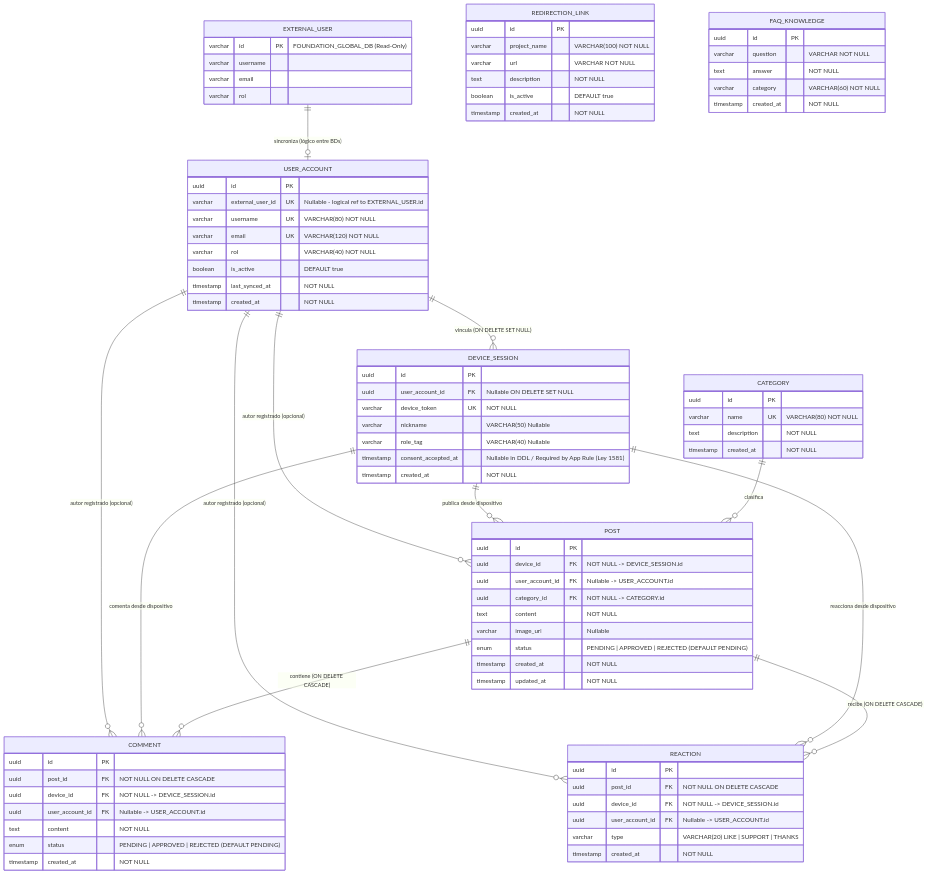
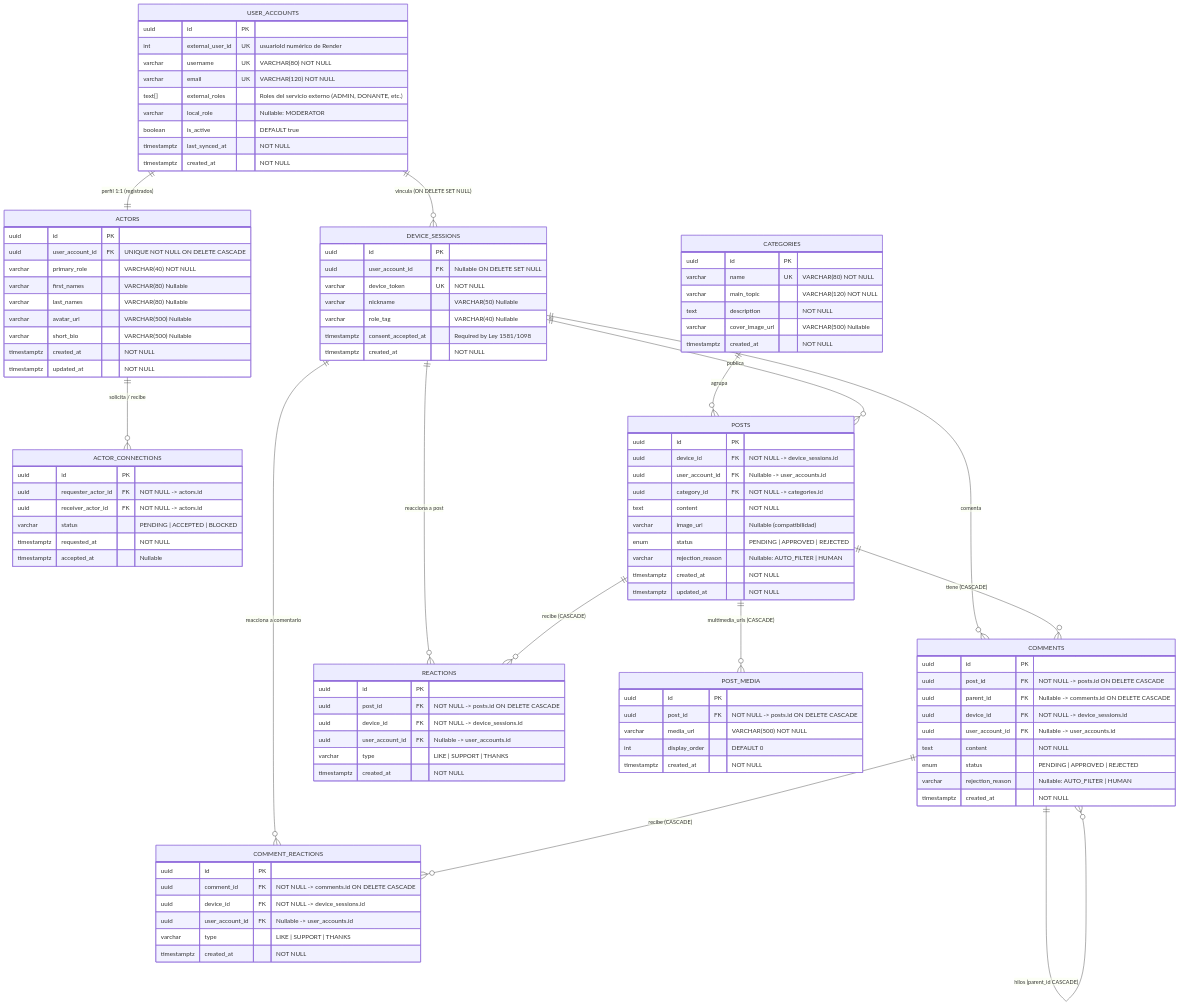
One commit to AlejoPress4/Asisconection changed the first of 2 diagrams in specs/001-asisconexion-mvp/data-model.md. Above: the diagram before and after it, drawn with Mermaid. The commit also changed other lines of this file and 88 other files, not shown here.

````diff
--- a/specs/001-asisconexion-mvp/data-model.md
+++ b/specs/001-asisconexion-mvp/data-model.md
@@ -13,97 +12,119 @@
 ```mermaid
 erDiagram
-    EXTERNAL_USER {
-        varchar id PK "FOUNDATION_GLOBAL_DB (Read-Only)"
-        varchar username
-        varchar email
-        varchar rol
+    USER_ACCOUNTS ||--|| ACTORS : "perfil 1:1 (registrados)"
+    USER_ACCOUNTS ||--o{ DEVICE_SESSIONS : "vincula (ON DELETE SET NULL)"
+    ACTORS ||--o{ ACTOR_CONNECTIONS : "solicita / recibe"
+    CATEGORIES ||--o{ POSTS : "agrupa"
+    DEVICE_SESSIONS ||--o{ POSTS : "publica"
+    DEVICE_SESSIONS ||--o{ COMMENTS : "comenta"
+    DEVICE_SESSIONS ||--o{ REACTIONS : "reacciona a post"
+    DEVICE_SESSIONS ||--o{ COMMENT_REACTIONS : "reacciona a comentario"
+    POSTS ||--o{ POST_MEDIA : "multimedia_urls (CASCADE)"
+    POSTS ||--o{ COMMENTS : "tiene (CASCADE)"
+    COMMENTS ||--o{ COMMENTS : "hilos (parent_id CASCADE)"
+    POSTS ||--o{ REACTIONS : "recibe (CASCADE)"
+    COMMENTS ||--o{ COMMENT_REACTIONS : "recibe (CASCADE)"
+
+    USER_ACCOUNTS {
+        uuid id PK
+        int external_user_id UK "usuarioId numérico de Render"
+        varchar username UK "VARCHAR(80) NOT NULL"
+        varchar email UK "VARCHAR(120) NOT NULL"
+        text[] external_roles "Roles del servicio externo (ADMIN, DONANTE, etc.)"
+        varchar local_role "Nullable: MODERATOR"
+        boolean is_active "DEFAULT true"
+        timestamptz last_synced_at "NOT NULL"
+        timestamptz created_at "NOT NULL"
     }
 
-    USER_ACCOUNT {
+    ACTORS {
         uuid id PK
-        varchar external_user_id UK "Nullable - logical ref to EXTERNAL_USER.id"
-        varchar username UK "VARCHAR(80) NOT NULL"
-        varchar email UK "VARCHAR(120) NOT NULL"
-        varchar rol "VARCHAR(40) NOT NULL"
-        boolean is_active "DEFAULT true"
-        timestamp last_synced_at "NOT NULL"
-        timestamp created_at "NOT NULL"
+        uuid user_account_id FK "UNIQUE NOT NULL ON DELETE CASCADE"
+        varchar primary_role "VARCHAR(40) NOT NULL"
+        varchar first_names "VARCHAR(80) Nullable"
+        varchar last_names "VARCHAR(80) Nullable"
+        varchar avatar_url "VARCHAR(500) Nullable"
+        varchar short_bio "VARCHAR(500) Nullable"
+        timestamptz created_at "NOT NULL"
+        timestamptz updated_at "NOT NULL"
     }
 
-    DEVICE_SESSION {
+    ACTOR_CONNECTIONS {
+        uuid id PK
+        uuid requester_actor_id FK "NOT NULL -> actors.id"
+        uuid receiver_actor_id FK "NOT NULL -> actors.id"
+        varchar status "PENDING | ACCEPTED | BLOCKED"
+        timestamptz requested_at "NOT NULL"
+        timestamptz accepted_at "Nullable"
+    }
+
+    DEVICE_SESSIONS {
         uuid id PK
         uuid user_account_id FK "Nullable ON DELETE SET NULL"
         varchar device_token UK "NOT NULL"
         varchar nickname "VARCHAR(50) Nullable"
         varchar role_tag "VARCHAR(40) Nullable"
-        timestamp consent_accepted_at "Nullable in DDL / Required by App Rule (Ley 1581)"
-        timestamp created_at "NOT NULL"
+        timestamptz consent_accepted_at "Required by Ley 1581/1098"
+        timestamptz created_at "NOT NULL"
     }
 
-    CATEGORY {
+    CATEGORIES {
         uuid id PK
         varchar name UK "VARCHAR(80) NOT NULL"
+        varchar main_topic "VARCHAR(120) NOT NULL"
         text description "NOT NULL"
-        timestamp created_at "NOT NULL"
+        varchar cover_image_url "VARCHAR(500) Nullable"
+        timestamptz created_at "NOT NULL"
     }
 
-    POST {
+    POSTS {
         uuid id PK
-        uuid device_id FK "NOT NULL -> DEVICE_SESSION.id"
-        uuid user_account_id FK "Nullable -> USER_ACCOUNT.id"
-        uuid category_id FK "NOT NULL -> CATEGORY.id"
+        uuid device_id FK "NOT NULL -> device_sessions.id"
+        uuid user_account_id FK "Nullable -> user_accounts.id"
+        uuid category_id FK "NOT NULL -> categories.id"
         text content "NOT NULL"
-        varchar image_url "Nullable"
-        enum status "PENDING | APPROVED | REJECTED (DEFAULT PENDING)"
-        timestamp created_at "NOT NULL"
-        timestamp updated_at "NOT NULL"
+        varchar image_url "Nullable (compatibilidad)"
+        enum status "PENDING | APPROVED | REJECTED"
+        varchar rejection_reason "Nullable: AUTO_FILTER | HUMAN"
+        timestamptz created_at "NOT NULL"
+        timestamptz updated_at "NOT NULL"
     }
 
-    COMMENT {
+    POST_MEDIA {
         uuid id PK
-        uuid post_id FK "NOT NULL ON DELETE CASCADE"
-        uuid device_id FK "NOT NULL -> DEVICE_SESSION.id"
-        uuid user_account_id FK "Nullable -> USER_ACCOUNT.id"
-        text content "NOT NULL"
-        enum status "PENDING | APPROVED | REJECTED (DEFAULT PENDING)"
-        timestamp created_at "NOT NULL"
+        uuid post_id FK "NOT NULL -> posts.id ON DELETE CASCADE"
+        varchar media_url "VARCHAR(500) NOT NULL"
+        int display_order "DEFAULT 0"
+        timestamptz created_at "NOT NULL"
     }
 
-    REACTION {
+    COMMENTS {
         uuid id PK
-        uuid post_id FK "NOT NULL ON DELETE CASCADE"
-        uuid device_id FK "NOT NULL -> DEVICE_SESSION.id"
-        uuid user_account_id FK "Nullable -> USER_ACCOUNT.id"
-        varchar type "VARCHAR(20) LIKE | SUPPORT | THANKS"
-        timestamp created_at "NOT NULL"
+        uuid post_id FK "NOT NULL -> posts.id ON DELETE CASCADE"
+        uuid parent_id FK "Nullable -> comments.id ON DELETE CASCADE"
+        uuid device_id FK "NOT NULL -> device_sessions.id"
+        uuid user_account_id FK "Nullable -> user_accounts.id"
+        text content "NOT NULL"
+        enum status "PENDING | APPROVED | REJECTED"
+        varchar rejection_reason "Nullable: AUTO_FILTER | HUMAN"
+        timestamptz created_at "NOT NULL"
     }
 
-    REDIRECTION_LINK {
+    REACTIONS {
         uuid id PK
-        varchar project_name "VARCHAR(100) NOT NULL"
-        varchar url "VARCHAR NOT NULL"
-        text description "NOT NULL"
-        boolean is_active "DEFAULT true"
-        timestamp created_at "NOT NULL"
+        uuid post_id FK "NOT NULL -> posts.id ON DELETE CASCADE"
+        uuid device_id FK "NOT NULL -> device_sessions.id"
+        uuid user_account_id FK "Nullable -> user_accounts.id"
+        varchar type "LIKE | SUPPORT | THANKS"
+        timestamptz created_at "NOT NULL"
     }
 
-    FAQ_KNOWLEDGE {
+    COMMENT_REACTIONS {
         uuid id PK
-        varchar question "VARCHAR NOT NULL"
-        text answer "NOT NULL"
-        varchar category "VARCHAR(60) NOT NULL"
-        timestamp created_at "NOT NULL"
+        uuid comment_id FK "NOT NULL -> comments.id ON DELETE CASCADE"
+        uuid device_id FK "NOT NULL -> device_sessions.id"
+        uuid user_account_id FK "Nullable -> user_accounts.id"
+        varchar type "LIKE | SUPPORT | THANKS"
+        timestamptz created_at "NOT NULL"
     }
-
-    EXTERNAL_USER ||--o| USER_ACCOUNT : "sincroniza (lógico entre BDs)"
-    USER_ACCOUNT ||--o{ DEVICE_SESSION : "vincula (ON DELETE SET NULL)"
-    USER_ACCOUNT ||--o{ POST : "autor registrado (opcional)"
-    USER_ACCOUNT ||--o{ COMMENT : "autor registrado (opcional)"
-    USER_ACCOUNT ||--o{ REACTION : "autor registrado (opcional)"
-    DEVICE_SESSION ||--o{ POST : "publica desde dispositivo"
-    DEVICE_SESSION ||--o{ COMMENT : "comenta desde dispositivo"
-    DEVICE_SESSION ||--o{ REACTION : "reacciona desde dispositivo"
-    CATEGORY ||--o{ POST : "clasifica"
-    POST ||--o{ COMMENT : "contiene (ON DELETE CASCADE)"
-    POST ||--o{ REACTION : "recibe (ON DELETE CASCADE)"
 ```
````
